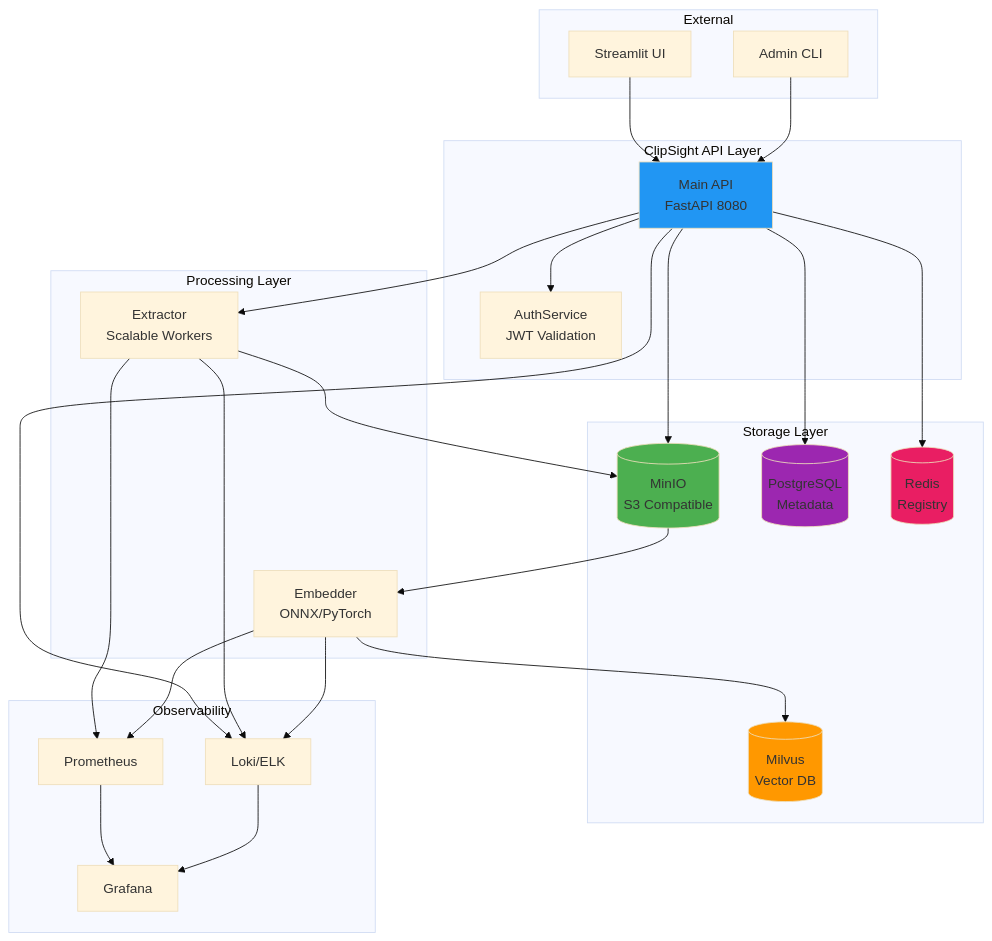
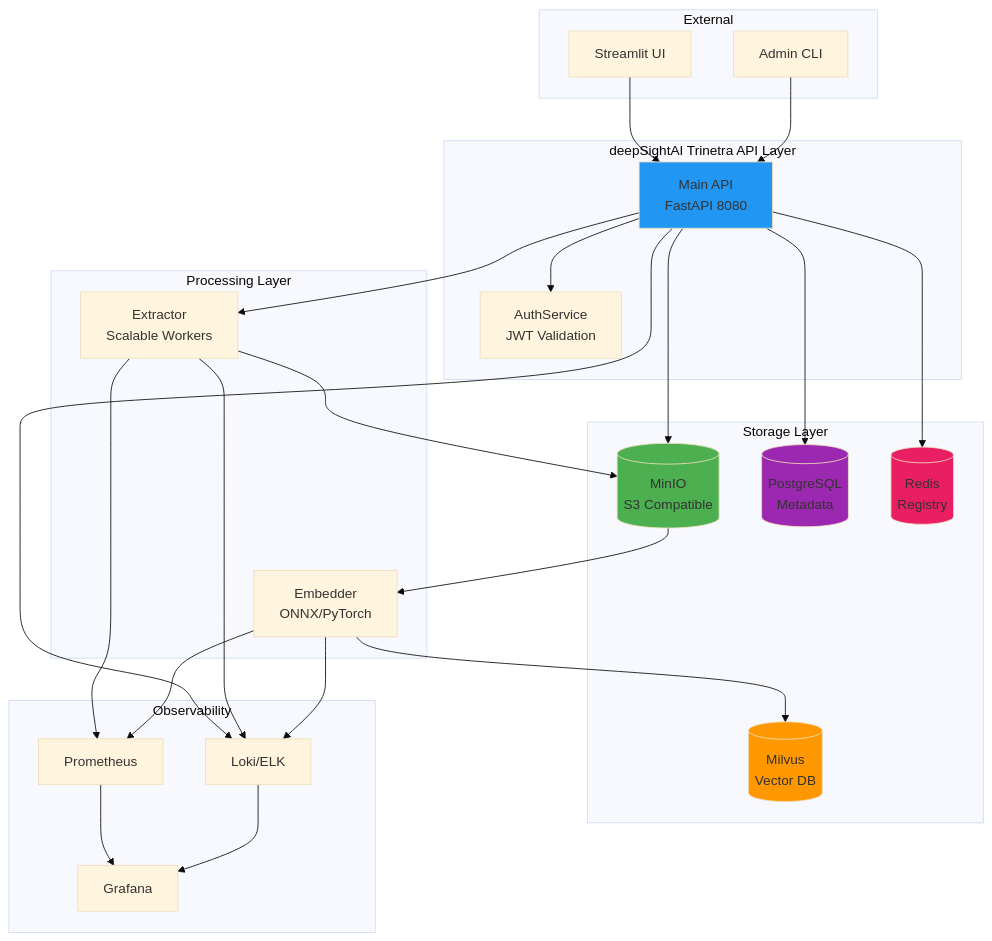
The first of 10 diagrams in docs/architecture/diagrams.md (swatah/deepSightAI-Trinetra), drawn with Mermaid (base theme) before and after one commit. The commit also changed other lines of this file and 77 other files, not shown here.

First line of the commit message:
feat(rename): deepSightAI Trinetra - rename project from ClipSight

````diff
--- a/docs/architecture/diagrams.md
+++ b/docs/architecture/diagrams.md
@@ -9,55 +9,55 @@
 ```mermaid
 graph TB
     subgraph "External"
         UI[Streamlit UI]
         Admin[Admin CLI]
     end
     
-    subgraph "ClipSight API Layer"
+    subgraph "deepSightAI Trinetra API Layer"
         API[Main API<br/>FastAPI 8080]
         Auth[AuthService<br/>JWT Validation]
     end
     
     subgraph "Processing Layer"
         Extract[Extractor<br/>Scalable Workers]
         Embed[Embedder<br/>ONNX/PyTorch]
     end
     
     subgraph "Storage Layer"
         MinIO[(MinIO<br/>S3 Compatible)]
         Milvus[(Milvus<br/>Vector DB)]
         PG[(PostgreSQL<br/>Metadata)]
         Redis[(Redis<br/>Registry)]
     end
     
     subgraph "Observability"
         Prometheus[Prometheus]
         Loki[Loki/ELK]
         Grafana[Grafana]
     end
     
     UI --> API
     Admin --> API
     API --> Auth
     API --> Extract
     API --> MinIO
     Extract --> MinIO
     MinIO --> Embed
     Embed --> Milvus
     API --> PG
     API --> Redis
     
     Extract --> Prometheus
     Embed --> Prometheus
     API --> Loki
     Extract --> Loki
     Embed --> Loki
     Prometheus --> Grafana
     Loki --> Grafana
     
     style API fill:#2196f3
     style MinIO fill:#4caf50
     style Milvus fill:#ff9800
     style PG fill:#9c27b0
     style Redis fill:#e91e63
 ```
````
